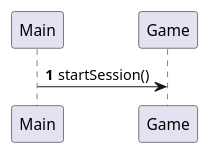
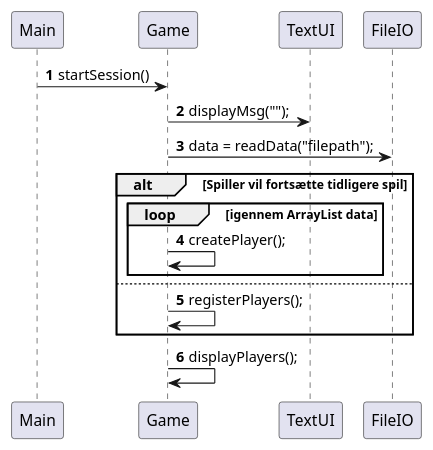
Before and after one commit to Dat1Cphbusiness/MonopolyF26: the diagram in doc/dynamic/sequence_UC1_StartSession.puml, drawn with PlantUML. The commit also changed 2 other files, not shown here.

```diff
--- a/doc/dynamic/sequence_UC1_StartSession.puml
+++ b/doc/dynamic/sequence_UC1_StartSession.puml
@@ -1,16 +1,26 @@
 @startuml
 'https://plantuml.com/sequence-diagram
 
 autonumber
 
 Main -> Game: startSession()
-'indsæt kald til displayMessage i TextUI
-'indsæt kald til readPlayerData i FIleIO
-'indsæt betingelse (alt)
-'indsæt loop
-'indsæt kald til createPlayer
-'indsæt kald til registerPlayer
-'indsæt kald til displayPlayers
 
+Game -> TextUI: displayMsg("");
+
+Game -> FileIO: data = readData("filepath");
+
+alt Spiller vil fortsætte tidligere spil
+
+    loop igennem ArrayList data
+
+Game -> Game: createPlayer();
+    end
+
+else
+
+Game -> Game: registerPlayers();
+end
+
+Game -> Game: displayPlayers();
 
 @enduml
```
